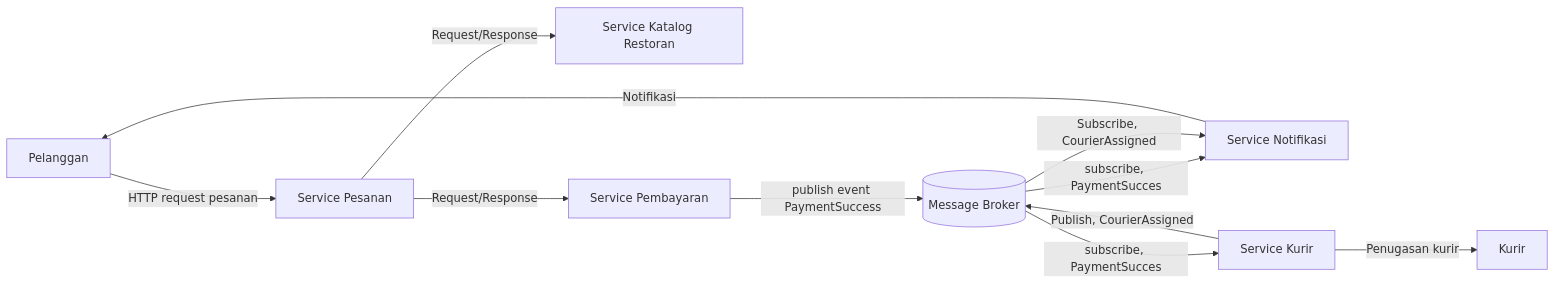
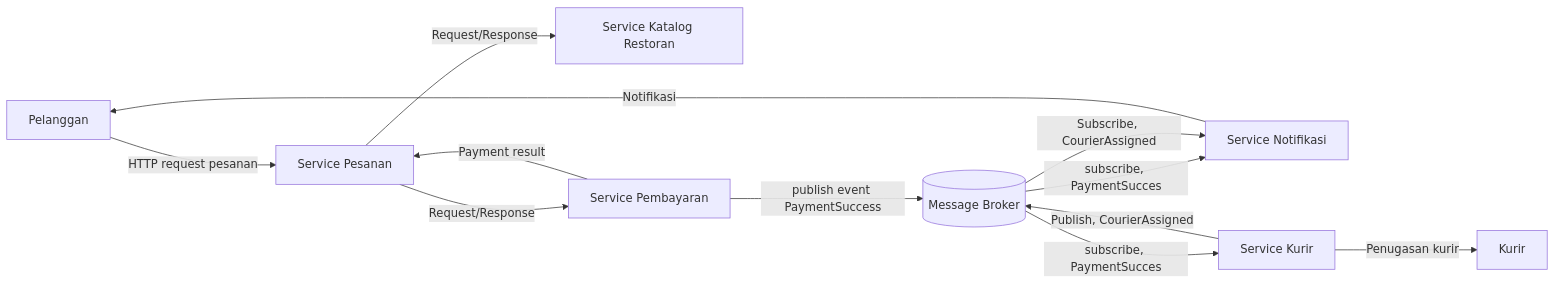
The diagram in tugas-02-perancangan-arsitektur/README.md (nabilahrobbaniyah/komputasi-awan-dan-terdistribusi), drawn with Mermaid before and after one commit.

Commit message:
Fix diagram flow in README.md for payment services

````diff
--- a/tugas-02-perancangan-arsitektur/README.md
+++ b/tugas-02-perancangan-arsitektur/README.md
@@ -49,13 +49,14 @@
 ```mermaid
 graph LR
     Customer[Pelanggan] -->|HTTP request pesanan| OrderSvc[Service Pesanan]
     OrderSvc -->|Request/Response| CatalogSvc[Service Katalog Restoran]
     OrderSvc -->|Request/Response| PaymentSvc[Service Pembayaran]
+    PaymentSvc -->|Payment result| OrderSvc
     PaymentSvc -->|publish event PaymentSuccess| Broker[(Message Broker)]
     Broker -->|subscribe, PaymentSucces| NotifSvc[Service Notifikasi Kurir]
     Broker -->|subscribe, PaymentSucces| CourierSvc[Service Kurir]
     CourierSvc -->|Penugasan kurir| Courier[Kurir]
     CourierSvc -->|Publish, CourierAssigned| Broker
     Broker -->|Subscribe, CourierAssigned| NotifSvc[Service Notifikasi]
     NotifSvc -->|Notifikasi| Customer
 ```
````
